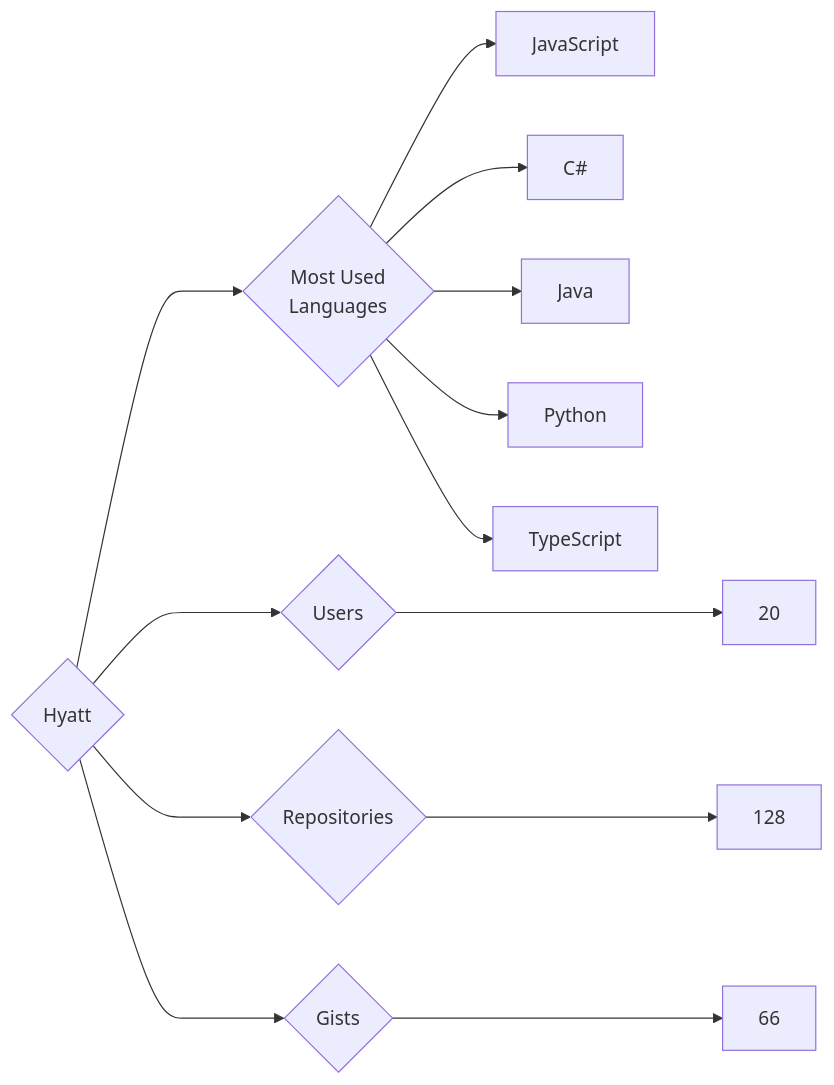
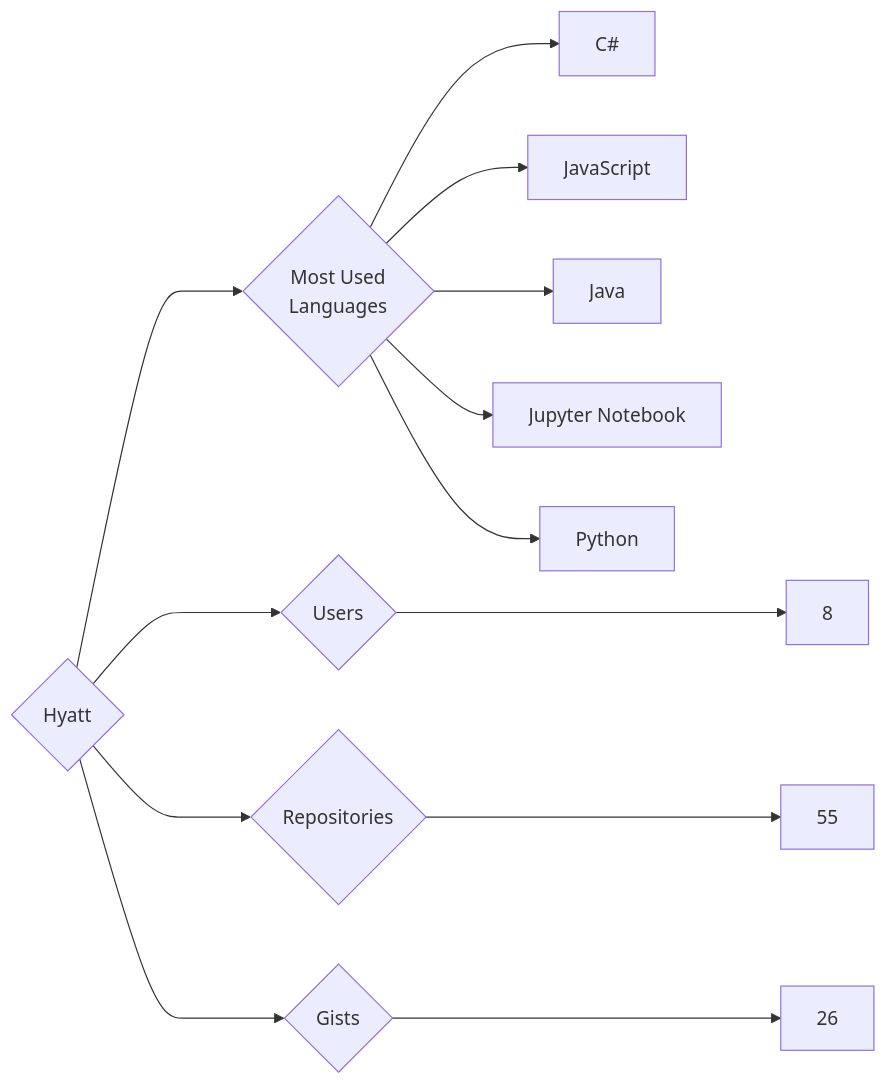
Before and after one commit to trickest/insiders: the diagram in targets/Hyatt/README.md, drawn with Mermaid. The commit also changed 912 other files, not shown here.

````diff
--- a/targets/Hyatt/README.md
+++ b/targets/Hyatt/README.md
@@ -3,13 +3,13 @@
 ```mermaid
 graph LR
 COMPANY_NAME{Hyatt}
-COMPANY_NAME ---> U{Users} ---> UN[20]
-COMPANY_NAME ---> R{Repositories} ---> RN[128]
-COMPANY_NAME ---> G{Gists} ---> GN[66]
+COMPANY_NAME ---> U{Users} ---> UN[8]
+COMPANY_NAME ---> R{Repositories} ---> RN[55]
+COMPANY_NAME ---> G{Gists} ---> GN[26]
 COMPANY_NAME ---> ML{Most Used<br>Languages}
+ML --> C#[C#]
 ML --> JavaScript[JavaScript]
-ML --> C#[C#]
 ML --> Java[Java]
+ML --> Jupyter_Notebook[Jupyter Notebook]
 ML --> Python[Python]
-ML --> TypeScript[TypeScript]
 ```
````
